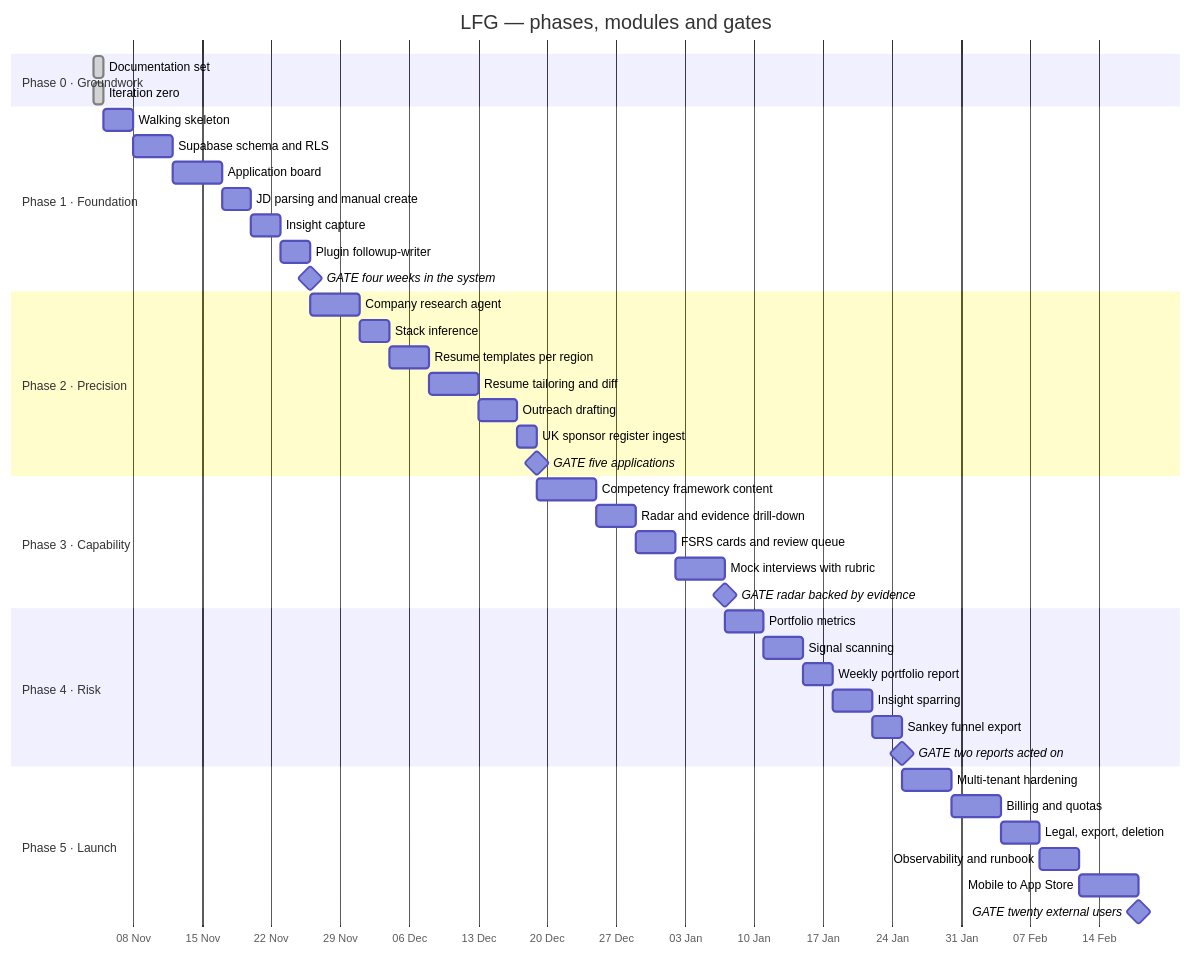
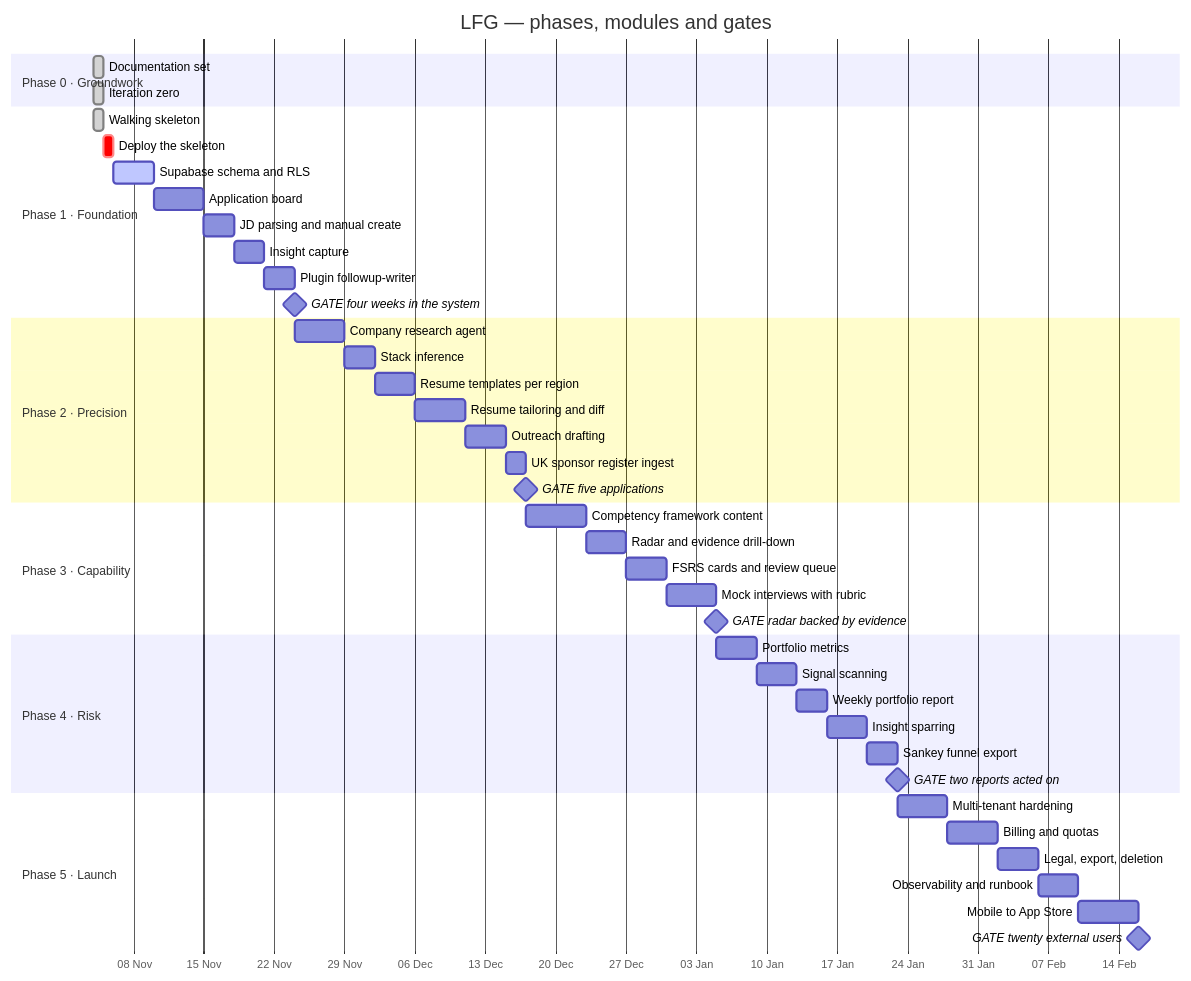
Before and after one commit to menomemo/LFG: the diagram in docs/progress.md, drawn with Mermaid. The commit also changed other lines of this file and 7 other files, not shown here.

First line of the commit message:
docs(docs): record the walking skeleton and correct the ghosting design

````diff
--- a/docs/progress.md
+++ b/docs/progress.md
@@ -31,52 +31,53 @@
 ```mermaid
 gantt
   title LFG — phases, modules and gates
   dateFormat YYYY-MM-DD
   axisFormat %d %b
   todayMarker stroke-width:3px,stroke:#d33,opacity:0.5
 
   section Phase 0 · Groundwork
   Documentation set            :done,  d0, 2026-11-04, 1d
   Iteration zero               :done,  d1, 2026-11-04, 1d
 
   section Phase 1 · Foundation
-  Walking skeleton             :        p1a, after d1, 3d
-  Supabase schema and RLS      :        p1b, after p1a, 4d
+  Walking skeleton             :done,   p1a, 2026-11-04, 1d
+  Deploy the skeleton          :crit,   p1a2, after p1a, 1d
+  Supabase schema and RLS      :active, p1b, after p1a2, 4d
   Application board            :        p1c, after p1b, 5d
   JD parsing and manual create :        p1d, after p1c, 3d
   Insight capture              :        p1e, after p1d, 3d
   Plugin followup-writer       :        p1f, after p1e, 3d
   GATE four weeks in the system :milestone, g1, after p1f, 0d
 
   section Phase 2 · Precision
   Company research agent       :        p2a, after g1, 5d
   Stack inference              :        p2b, after p2a, 3d
   Resume templates per region  :        p2c, after p2b, 4d
   Resume tailoring and diff    :        p2d, after p2c, 5d
   Outreach drafting            :        p2e, after p2d, 4d
   UK sponsor register ingest   :        p2f, after p2e, 2d
   GATE five applications       :milestone, g2, after p2f, 0d
 
   section Phase 3 · Capability
   Competency framework content :        p3a, after g2, 6d
   Radar and evidence drill-down :       p3b, after p3a, 4d
   FSRS cards and review queue  :        p3c, after p3b, 4d
   Mock interviews with rubric  :        p3d, after p3c, 5d
   GATE radar backed by evidence :milestone, g3, after p3d, 0d
 
   section Phase 4 · Risk
   Portfolio metrics            :        p4a, after g3, 4d
   Signal scanning              :        p4b, after p4a, 4d
   Weekly portfolio report      :        p4c, after p4b, 3d
   Insight sparring             :        p4d, after p4c, 4d
   Sankey funnel export         :        p4e, after p4d, 3d
   GATE two reports acted on    :milestone, g4, after p4e, 0d
 
   section Phase 5 · Launch
   Multi-tenant hardening       :        p5a, after g4, 5d
   Billing and quotas           :        p5b, after p5a, 5d
   Legal, export, deletion      :        p5c, after p5b, 4d
   Observability and runbook    :        p5d, after p5c, 4d
   Mobile to App Store          :        p5e, after p5d, 6d
   GATE twenty external users   :milestone, g5, after p5e, 0d
 ```
````
